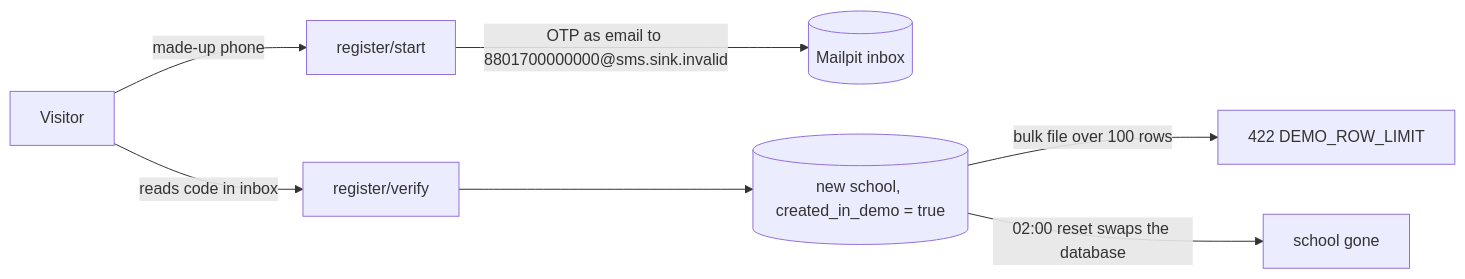
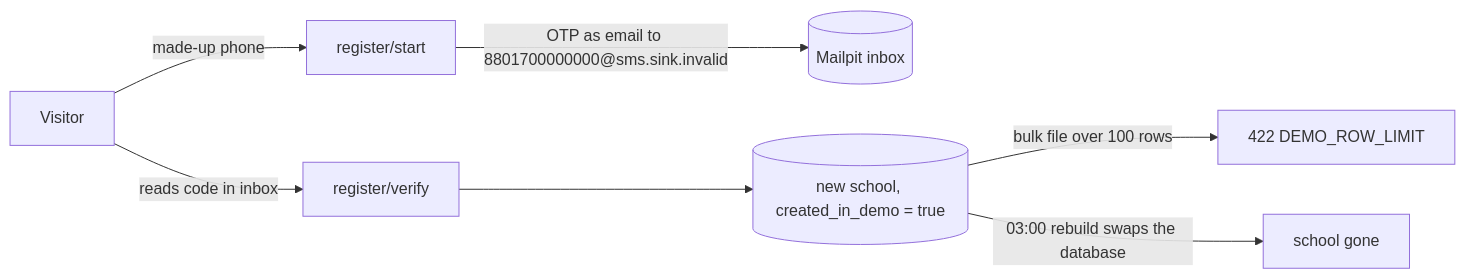
One commit to tareq89/biddaloy changed the seventh of 9 diagrams in docs/architecture/22-demo-seed.md. Above: the diagram before and after it, drawn with Mermaid. The commit also changed other lines of this file and 28 other files, not shown here.

````diff
--- a/docs/architecture/22-demo-seed.md
+++ b/docs/architecture/22-demo-seed.md
@@ -486,9 +486,9 @@
 ```mermaid
 flowchart LR
   V[Visitor] -->|made-up phone| R[register/start]
   R -->|OTP as email to 8801700000000@sms.sink.invalid| M[(Mailpit inbox)]
   V -->|reads code in inbox| O[register/verify]
   O --> S[(new school, created_in_demo = true)]
   S -->|bulk file over 100 rows| X[422 DEMO_ROW_LIMIT]
-  S -->|02:00 reset swaps the database| G[school gone]
+  S -->|03:00 rebuild swaps the database| G[school gone]
 ```
````
